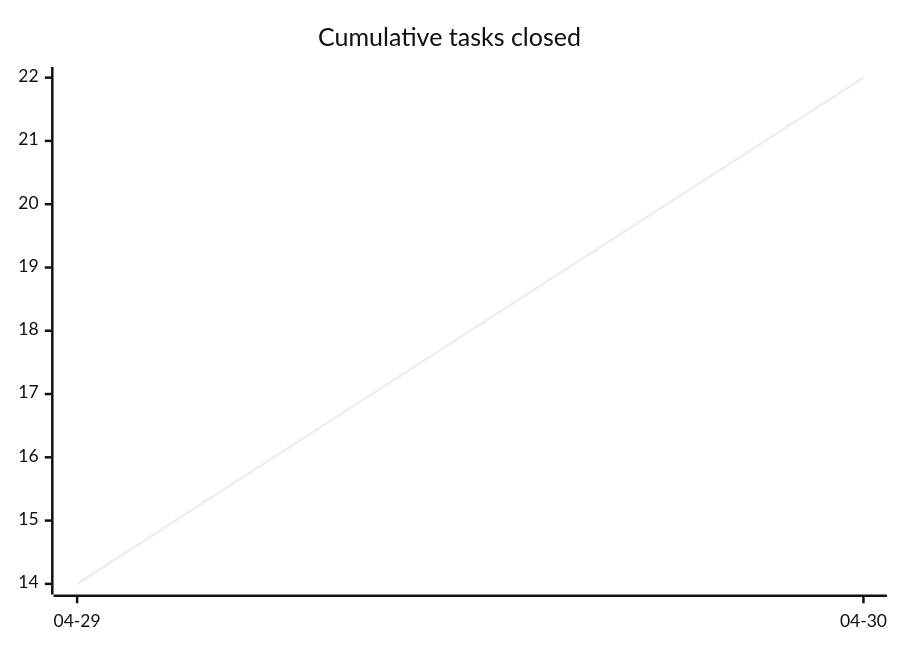
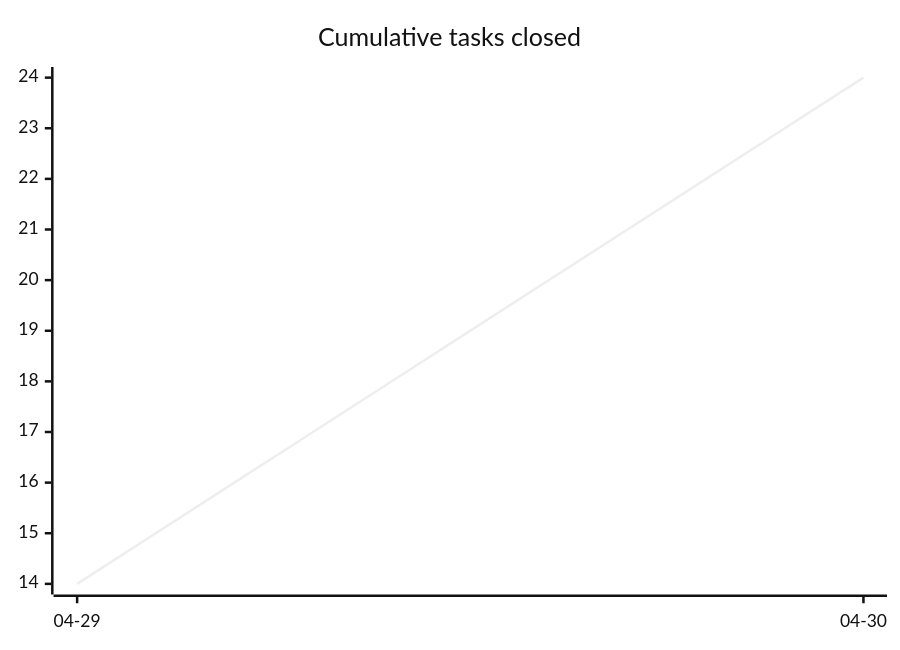
The first of 3 diagrams in docs/developers/tasks/OVERVIEW.md (tgd1975/AwesomeStudioPedal), drawn with Mermaid (neutral theme) before and after one commit. The commit also changed other lines of this file and 4 other files, not shown here.

````diff
--- a/docs/developers/tasks/OVERVIEW.md
+++ b/docs/developers/tasks/OVERVIEW.md
@@ -20,6 +20,6 @@
 ```mermaid
 xychart-beta
     title "Cumulative tasks closed"
     x-axis ["04-29", "04-30"]
-    line [14, 22]
+    line [14, 24]
 ```
````
